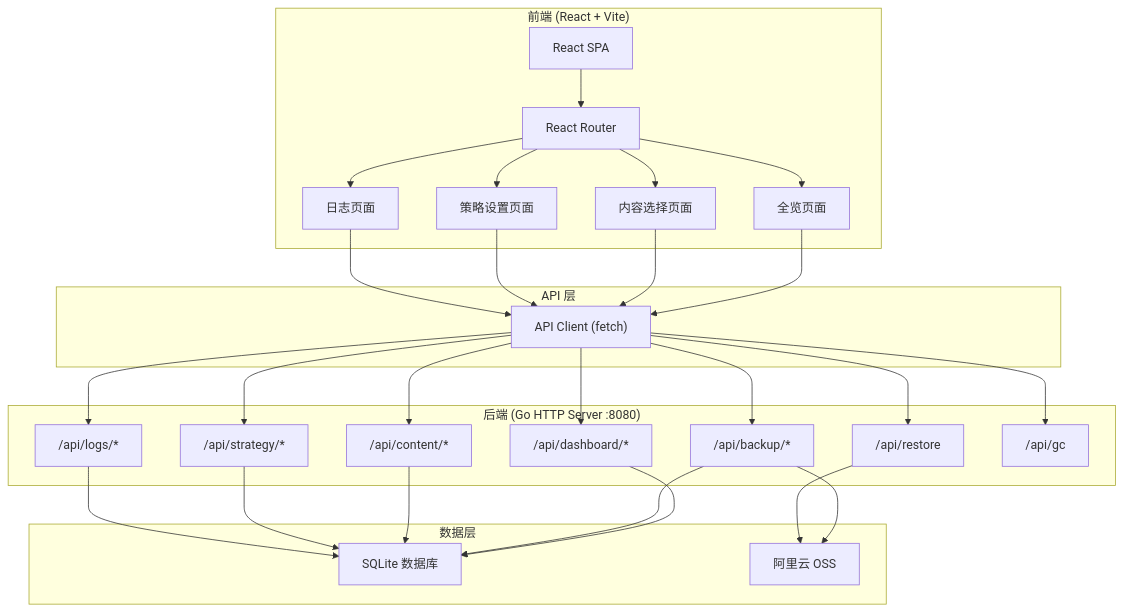
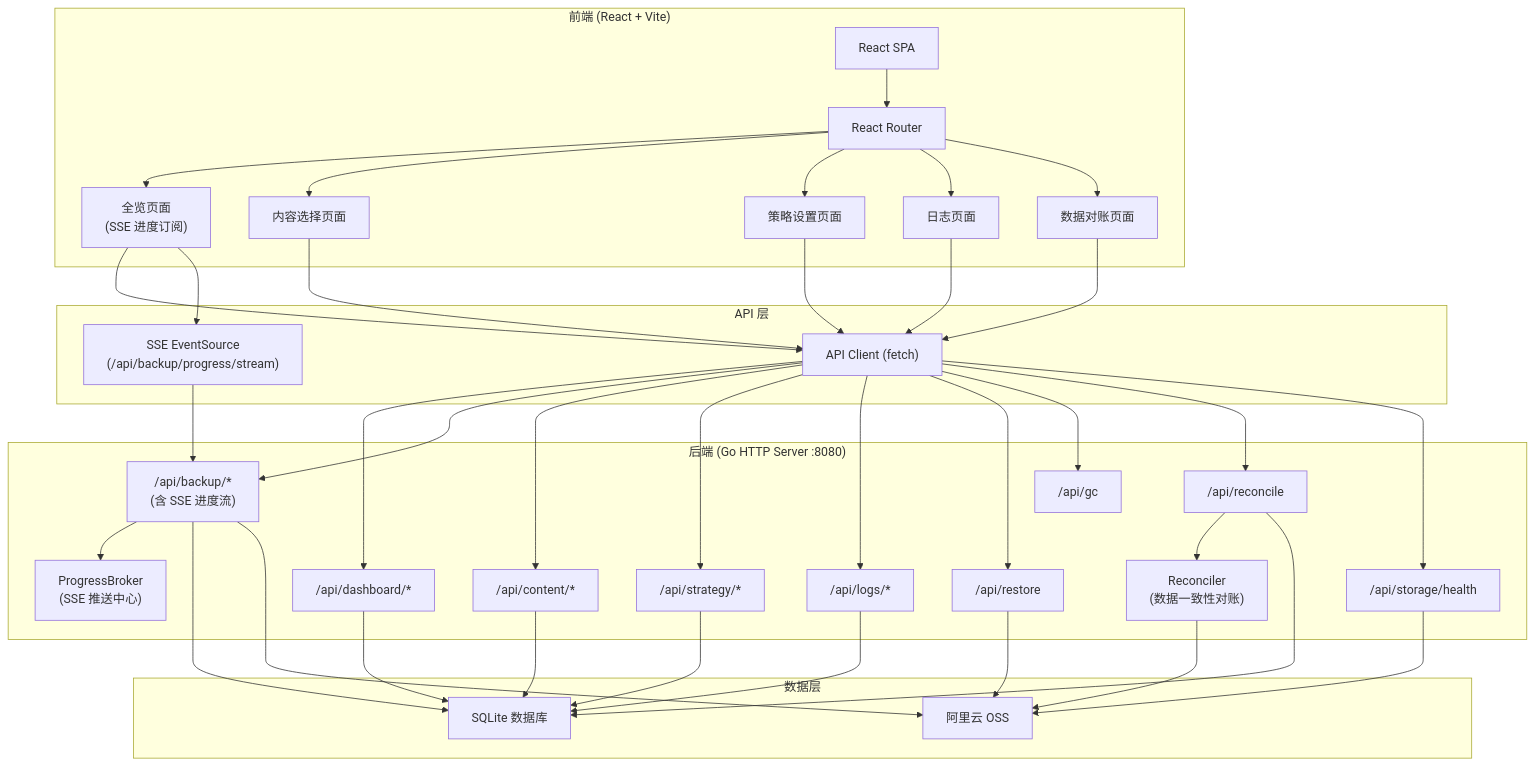
Before and after one commit to jacobz6/nasbkup: the first of 3 diagrams in .trae/documents/tech-architecture.md, drawn with Mermaid. The commit also changed other lines of this file and 15 other files, not shown here.

````diff
--- a/.trae/documents/tech-architecture.md
+++ b/.trae/documents/tech-architecture.md
@@ -3,44 +3,60 @@
 ```mermaid
 flowchart TB
     subgraph "前端 (React + Vite)"
         A["React SPA"] --> B["React Router"]
-        B --> C["全览页面"]
+        B --> C["全览页面<br/>(SSE 进度订阅)"]
         B --> D["内容选择页面"]
         B --> E["策略设置页面"]
         B --> F["日志页面"]
+        B --> R["数据对账页面"]
     end
     subgraph "API 层"
         G["API Client (fetch)"]
+        SSE["SSE EventSource<br/>(/api/backup/progress/stream)"]
     end
     subgraph "后端 (Go HTTP Server :8080)"
         H["/api/dashboard/*"]
-        I["/api/backup/*"]
+        I["/api/backup/*<br/>(含 SSE 进度流)"]
         J["/api/content/*"]
         K["/api/strategy/*"]
         L["/api/logs/*"]
         M["/api/restore"]
         N["/api/gc"]
+        RC["/api/reconcile"]
+        SH["/api/storage/health"]
+        PB["ProgressBroker<br/>(SSE 推送中心)"]
+        REC["Reconciler<br/>(数据一致性对账)"]
     end
     subgraph "数据层"
         O["SQLite 数据库"]
         P["阿里云 OSS"]
     end
     C --> G
+    C --> SSE
     D --> G
     E --> G
     F --> G
+    R --> G
     G --> H
     G --> I
     G --> J
     G --> K
     G --> L
     G --> M
     G --> N
+    G --> RC
+    G --> SH
+    SSE --> I
+    I --> PB
+    RC --> REC
     H --> O
     I --> O
     J --> O
     K --> O
     L --> O
+    RC --> O
     I --> P
     M --> P
+    REC --> P
+    SH --> P
 ```
````
